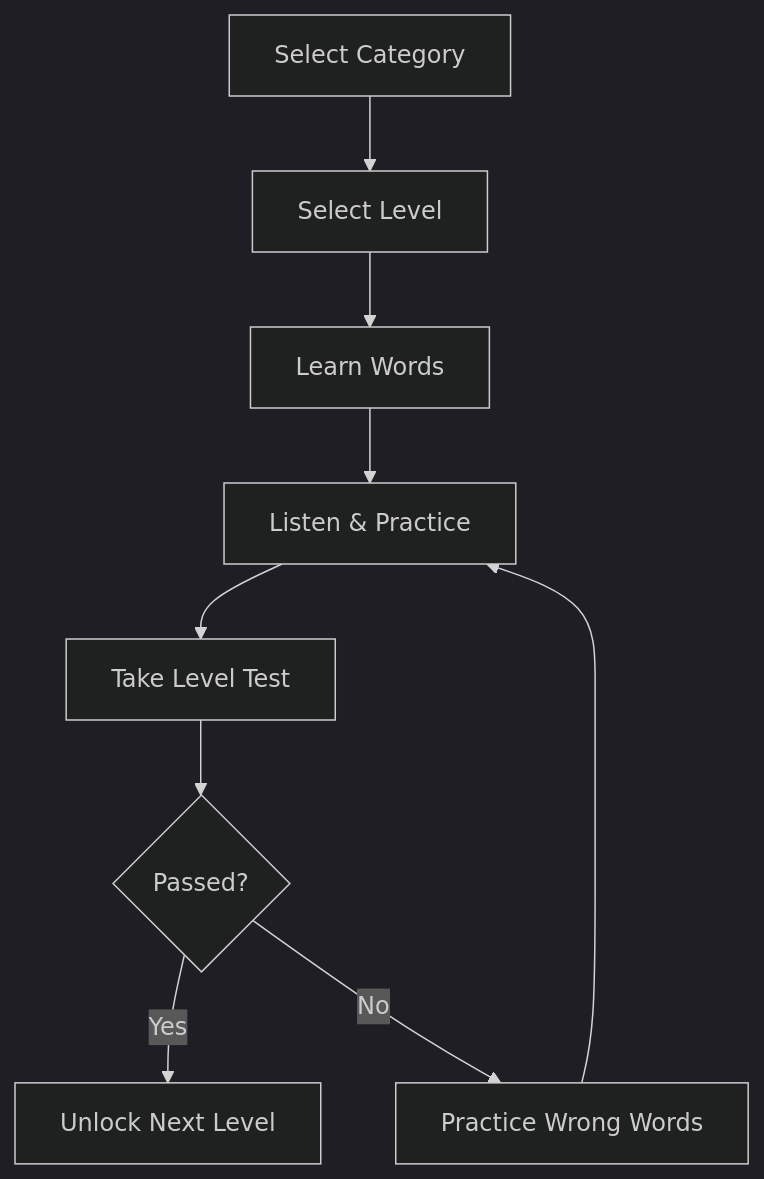
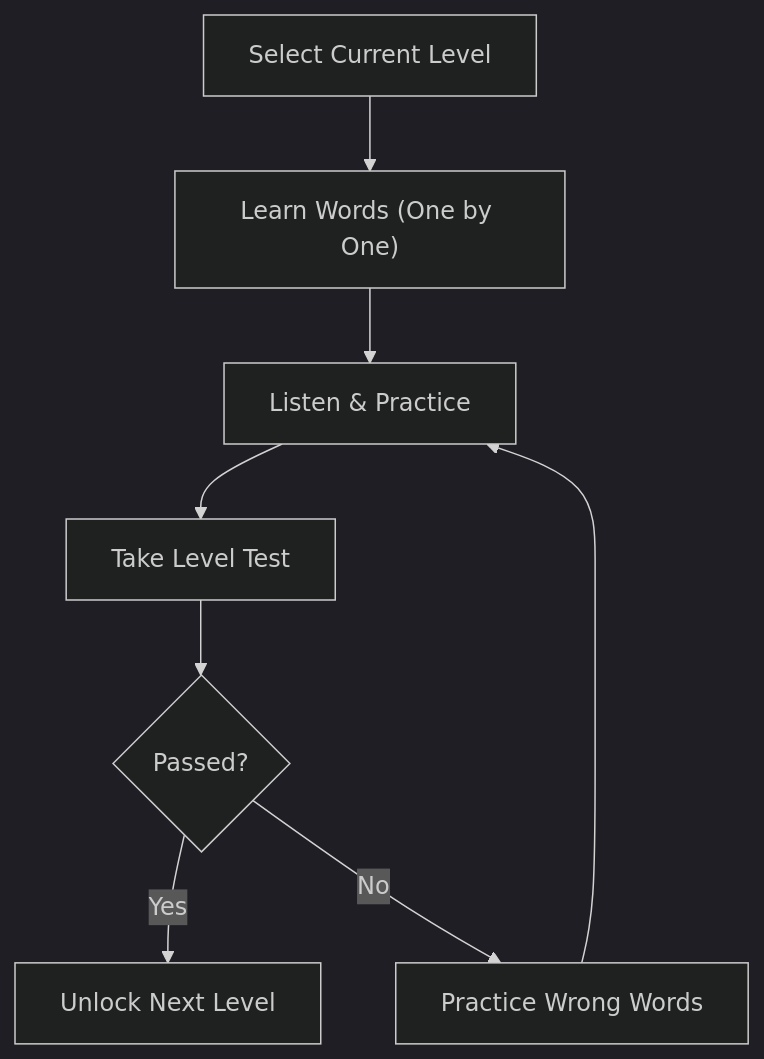
The diagram in docs/project_plan.md (boniyeamincse/beespell), drawn with Mermaid (dark theme) before and after one commit. The commit also changed other lines of this file and 12 other files, not shown here.

````diff
--- a/docs/project_plan.md
+++ b/docs/project_plan.md
@@ -12,11 +12,10 @@
 ```mermaid
 flowchart TD
-    A["Select Category"] --> B["Select Level"]
-    B --> C["Learn Words"]
-    C --> D["Listen & Practice"]
-    D --> E["Take Level Test"]
-    E --> F{"Passed?"}
-    F -- Yes --> G["Unlock Next Level"]
-    F -- No --> H["Practice Wrong Words"]
-    H --> D
+    A["Select Current Level"] --> B["Learn Words (One by One)"]
+    B --> C["Listen & Practice"]
+    C --> D["Take Level Test"]
+    D --> E{"Passed?"}
+    E -- Yes --> F["Unlock Next Level"]
+    E -- No --> G["Practice Wrong Words"]
+    G --> C
 ```
````
